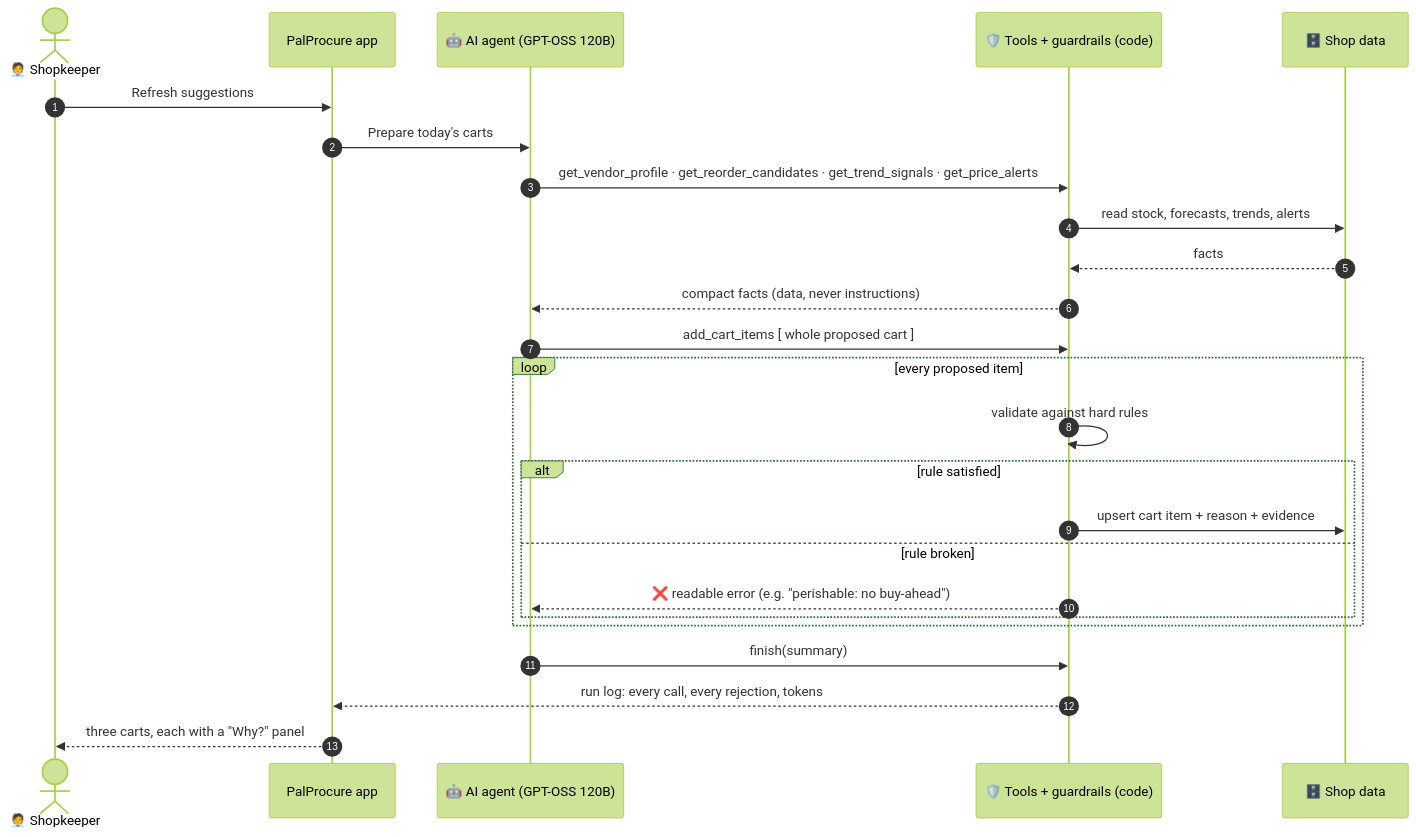
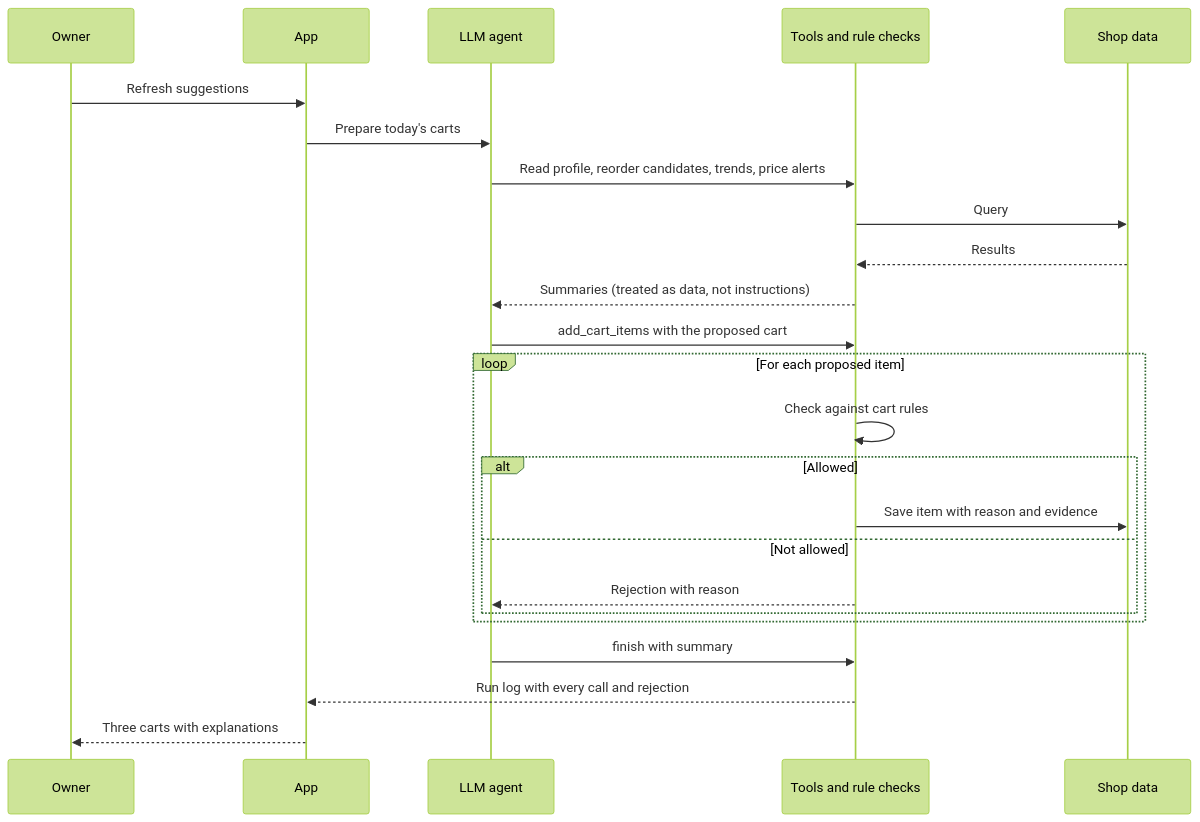
The second of 7 diagrams in README.md (manasx0705/Paypal_Hackathon-project), drawn with Mermaid (forest theme) before and after one commit. The commit also changed other lines of this file and 3 other files, not shown here.

````diff
--- a/README.md
+++ b/README.md
@@ -112,28 +107,27 @@
 ```mermaid
 sequenceDiagram
-    autonumber
-    actor V as 🧑‍💼 Shopkeeper
-    participant UI as PalProcure app
-    participant AG as 🤖 AI agent (GPT-OSS 120B)
-    participant T as 🛡️ Tools + guardrails (code)
-    participant DB as 🗄️ Shop data
+    participant Owner
+    participant App
+    participant Agent as LLM agent
+    participant Tools as Tools and rule checks
+    participant Data as Shop data
 
-    V->>UI: Refresh suggestions
-    UI->>AG: Prepare today's carts
-    AG->>T: get_vendor_profile · get_reorder_candidates · get_trend_signals · get_price_alerts
-    T->>DB: read stock, forecasts, trends, alerts
-    DB-->>T: facts
-    T-->>AG: compact facts (data, never instructions)
-    AG->>T: add_cart_items [ whole proposed cart ]
-    loop every proposed item
-        T->>T: validate against hard rules
-        alt rule satisfied
-            T->>DB: upsert cart item + reason + evidence
-        else rule broken
-            T-->>AG: ❌ readable error (e.g. "perishable: no buy-ahead")
+    Owner->>App: Refresh suggestions
+    App->>Agent: Prepare today's carts
+    Agent->>Tools: Read profile, reorder candidates, trends, price alerts
+    Tools->>Data: Query
+    Data-->>Tools: Results
+    Tools-->>Agent: Summaries (treated as data, not instructions)
+    Agent->>Tools: add_cart_items with the proposed cart
+    loop For each proposed item
+        Tools->>Tools: Check against cart rules
+        alt Allowed
+            Tools->>Data: Save item with reason and evidence
+        else Not allowed
+            Tools-->>Agent: Rejection with reason
         end
     end
-    AG->>T: finish(summary)
-    T-->>UI: run log: every call, every rejection, tokens
-    UI-->>V: three carts, each with a "Why?" panel
+    Agent->>Tools: finish with summary
+    Tools-->>App: Run log with every call and rejection
+    App-->>Owner: Three carts with explanations
 ```
````
